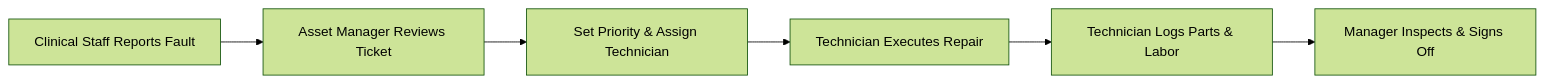
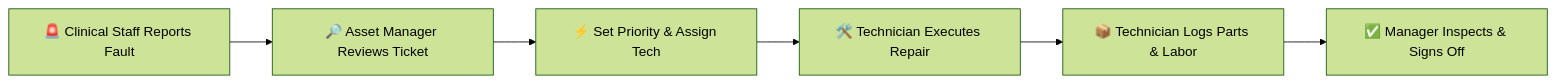
The diagram in docs/roles/BIOMEDICAL_AND_ASSET_MANAGER_GUIDE.md (gbpay365/Account_Core), drawn with Mermaid (forest theme) before and after one commit. The commit also changed other lines of this file and 12 other files, not shown here.

````diff
--- a/docs/roles/BIOMEDICAL_AND_ASSET_MANAGER_GUIDE.md
+++ b/docs/roles/BIOMEDICAL_AND_ASSET_MANAGER_GUIDE.md
@@ -43,8 +48,8 @@
 ```mermaid
 graph LR
-    A[Clinical Staff Reports Fault] --> B[Asset Manager Reviews Ticket]
-    B --> C[Set Priority & Assign Technician]
-    C --> D[Technician Executes Repair]
-    D --> E[Technician Logs Parts & Labor]
-    E --> F[Manager Inspects & Signs Off]
+    A["🚨 Clinical Staff Reports Fault"] --> B["🔎 Asset Manager Reviews Ticket"]
+    B --> C["⚡ Set Priority & Assign Tech"]
+    C --> D["🛠️ Technician Executes Repair"]
+    D --> E["📦 Technician Logs Parts & Labor"]
+    E --> F["✅ Manager Inspects & Signs Off"]
 ```
````
